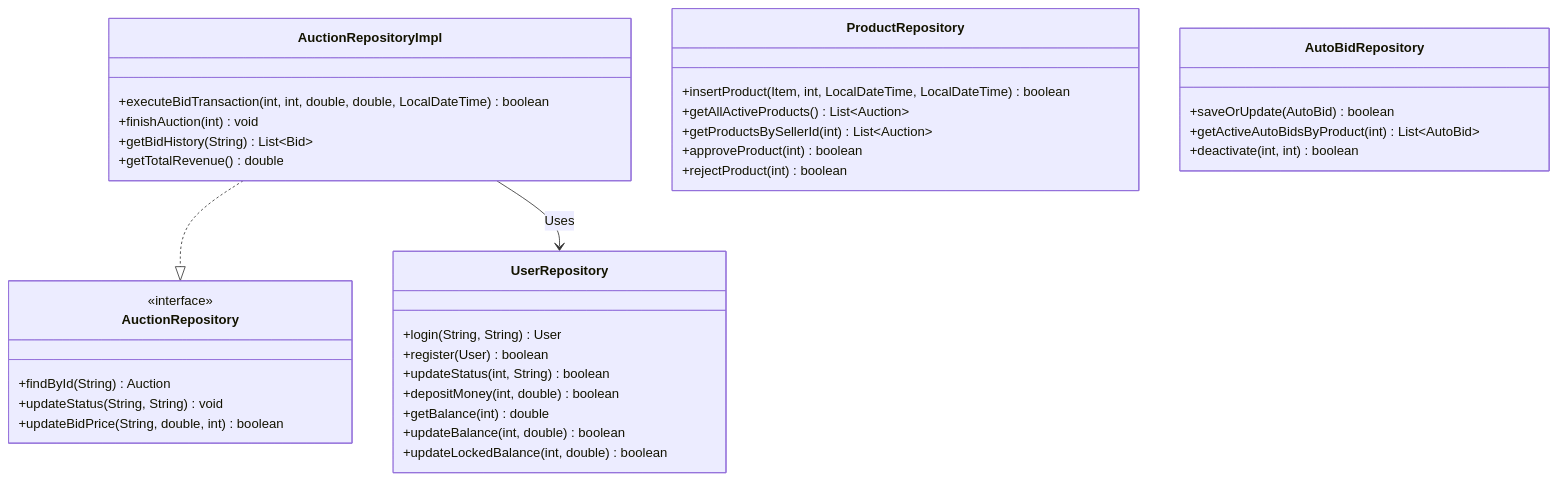
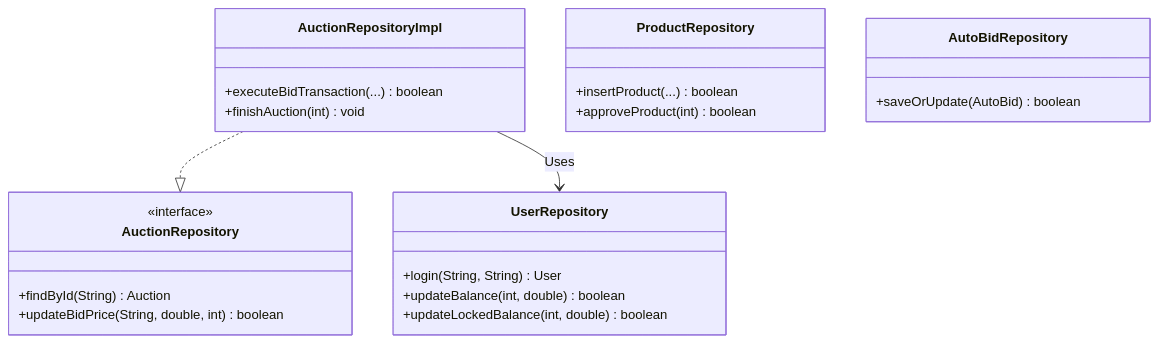
One commit to 25021616-sketch/Dau_Gia_Truc_Tuyen_Nhom2 changed the second of 4 diagrams in README.md. Above: the diagram before and after it, drawn with Mermaid. The commit also changed other lines of this file, not shown here.

````diff
--- a/README.md
+++ b/README.md
@@ -176,45 +86,27 @@
 ```mermaid
 classDiagram
     direction TB
-    
     class UserRepository {
         +login(String, String) User
-        +register(User) boolean
-        +updateStatus(int, String) boolean
-        +depositMoney(int, double) boolean
-        +getBalance(int) double
         +updateBalance(int, double) boolean
         +updateLockedBalance(int, double) boolean
     }
-
     class AuctionRepository {
         <<interface>>
         +findById(String) Auction
-        +updateStatus(String, String) void
         +updateBidPrice(String, double, int) boolean
     }
-
     class AuctionRepositoryImpl {
-        +executeBidTransaction(int, int, double, double, LocalDateTime) boolean
+        +executeBidTransaction(...) boolean
         +finishAuction(int) void
-        +getBidHistory(String) List~Bid~
-        +getTotalRevenue() double
     }
-
     class ProductRepository {
-        +insertProduct(Item, int, LocalDateTime, LocalDateTime) boolean
-        +getAllActiveProducts() List~Auction~
-        +getProductsBySellerId(int) List~Auction~
+        +insertProduct(...) boolean
         +approveProduct(int) boolean
-        +rejectProduct(int) boolean
     }
-
     class AutoBidRepository {
         +saveOrUpdate(AutoBid) boolean
-        +getActiveAutoBidsByProduct(int) List~AutoBid~
-        +deactivate(int, int) boolean
     }
-
     AuctionRepositoryImpl ..|> AuctionRepository
     AuctionRepositoryImpl --> UserRepository : Uses
 ```
````
